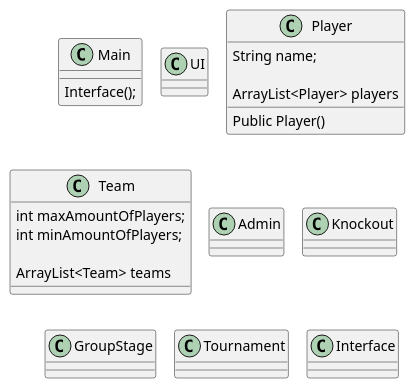
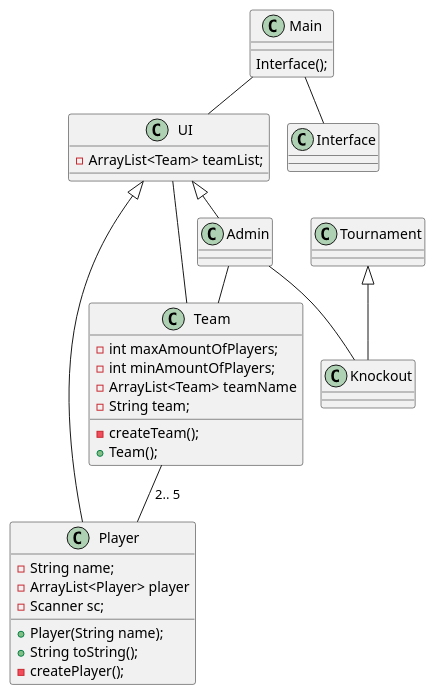
One commit to AbdullahMarwan/-CPH-SP3-BordTennisTurnering changed the diagram in src/PlantUML/Class Diagram.puml. Above: the diagram before and after it, drawn with PlantUML.

Commit message:
Class diagram changes again

```diff
--- a/src/PlantUML/Class Diagram.puml
+++ b/src/PlantUML/Class Diagram.puml
@@ -1,50 +1,66 @@
 @startuml
 !pragma layout smetana
 
 class Main {
  Interface();
 }
 
 class UI {
+- ArrayList<Team> teamList;
 
 }
 
 class Player {
-String name;
+- String name;
++ Player(String name);
+- ArrayList<Player> player
+- Scanner sc;
++ String toString();
+- createPlayer();
 
-Public Player()
-ArrayList<Player> players
 }
 
 class Team {
-int maxAmountOfPlayers;
-int minAmountOfPlayers;
+- int maxAmountOfPlayers;
+- int minAmountOfPlayers;
+- ArrayList<Team> teamName
+- createTeam();
+- String team;
++ Team();
 
-ArrayList<Team> teams
+
 }
 
 class Admin {
 
 }
 
 class Knockout {
 
 
 }
 
-class GroupStage {
-
-}
 
 class Tournament {
 
 }
 
 class Interface {
 
 }
 
+Main -- UI
+Team --Player : 2.. 5
+Main -- Interface
+Admin -- Knockout
 
+Admin -- Team
+
+Tournament <|-- Knockout
+
+UI <|-- Player
+UI -- Team
+UI <|-- Admin
 
 
 @enduml
```
